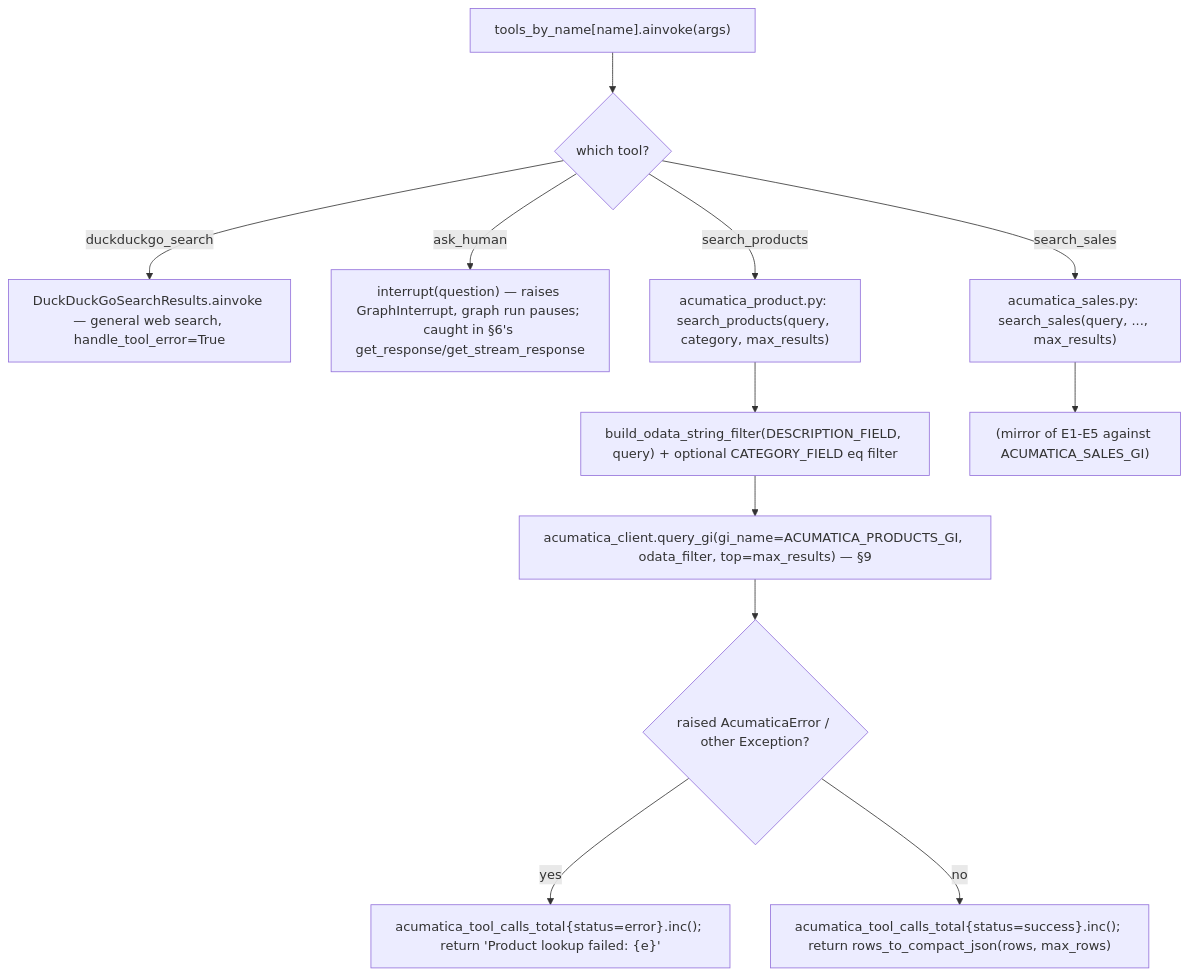
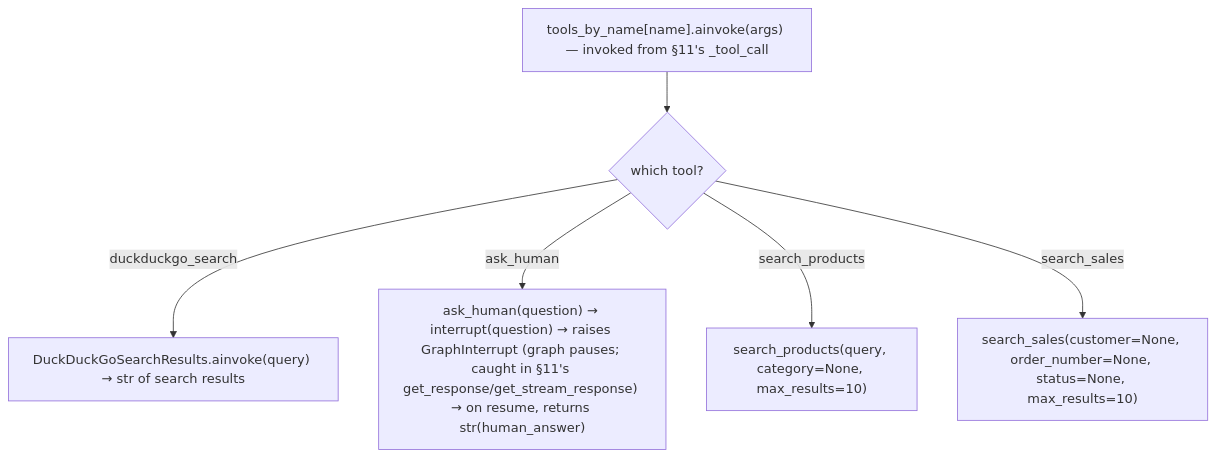
Before and after one commit to yashwilk/Craster_ChatBot: diagram 14 of 18 in dataflow.md, drawn with Mermaid. The commit also changed other lines of this file, not shown here.

````diff
--- a/dataflow.md
+++ b/dataflow.md
@@ -380,14 +467,8 @@
 ```mermaid
 flowchart TD
-    A["tools_by_name[name].ainvoke(args)"] --> B{"which tool?"}
-    B -- duckduckgo_search --> C["DuckDuckGoSearchResults.ainvoke — general web search, handle_tool_error=True"]
-    B -- ask_human --> D["interrupt(question) — raises GraphInterrupt, graph run pauses; caught in §6's get_response/get_stream_response"]
-    B -- search_products --> E["acumatica_product.py: search_products(query, category, max_results)"]
-    B -- search_sales --> F["acumatica_sales.py: search_sales(query, ..., max_results)"]
-    E --> E1["build_odata_string_filter(DESCRIPTION_FIELD, query) + optional CATEGORY_FIELD eq filter"]
-    E1 --> E2["acumatica_client.query_gi(gi_name=ACUMATICA_PRODUCTS_GI, odata_filter, top=max_results) — §9"]
-    E2 --> E3{"raised AcumaticaError / other Exception?"}
-    E3 -- yes --> E4["acumatica_tool_calls_total{status=error}.inc(); return 'Product lookup failed: {e}'"]
-    E3 -- no --> E5["acumatica_tool_calls_total{status=success}.inc(); return rows_to_compact_json(rows, max_rows)"]
-    F --> F1["(mirror of E1-E5 against ACUMATICA_SALES_GI)"]
+    A["tools_by_name[name].ainvoke(args) — invoked from §11's _tool_call"] --> B{"which tool?"}
+    B -- duckduckgo_search --> C["DuckDuckGoSearchResults.ainvoke(query) → str of search results"]
+    B -- ask_human --> D["ask_human(question) → interrupt(question) → raises GraphInterrupt (graph pauses; caught in §11's get_response/get_stream_response) → on resume, returns str(human_answer)"]
+    B -- search_products --> E["search_products(query, category=None, max_results=10)"]
+    B -- search_sales --> F["search_sales(customer=None, order_number=None, status=None, max_results=10)"]
 ```
````
